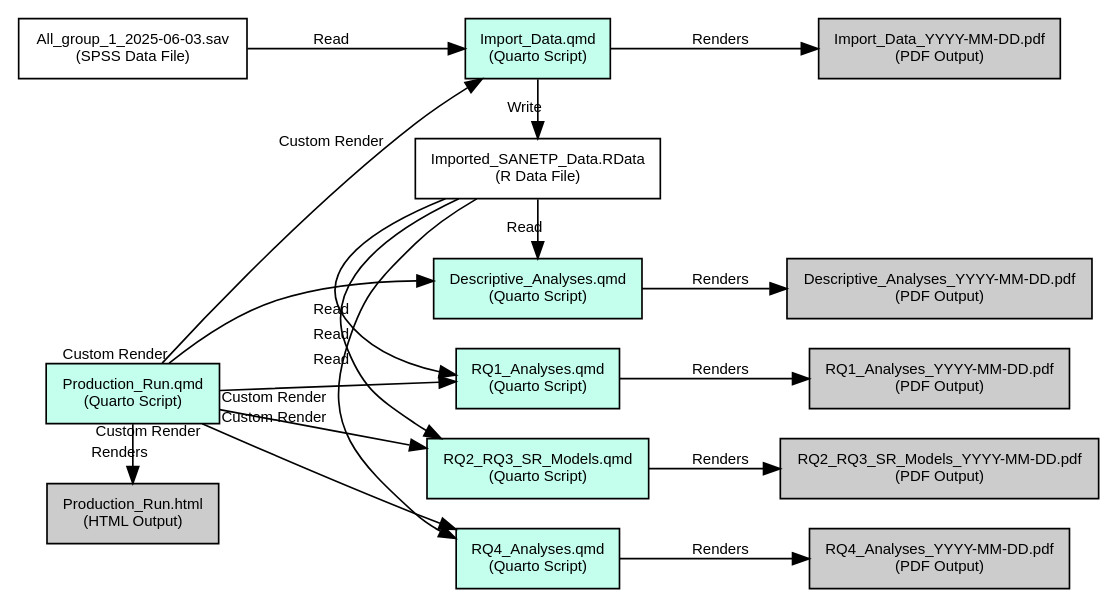
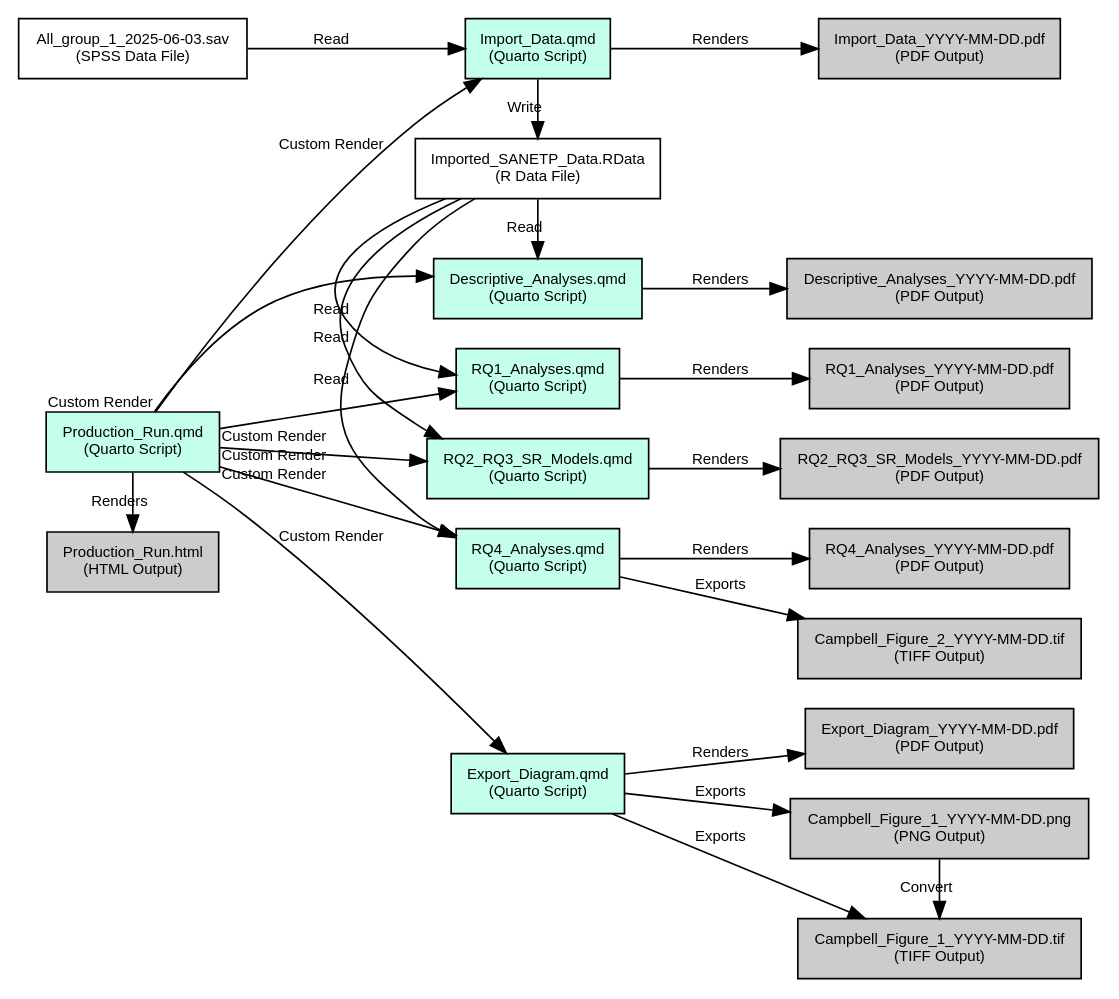
One commit to sjpierce/SANETPA changed the diagram in scripts/Production_Run.qmd. Above: the diagram before and after it, drawn with Graphviz.

Commit message:
Updated workflow diagram.

````diff
--- a/scripts/Production_Run.qmd
+++ b/scripts/Production_Run.qmd
@@ -111,49 +111,60 @@
 ```{dot}
 //| label: fig-production
 //| fig-cap: "Production Workflow Diagram"
 //| fig-width: 7
 //| fig-height: 5
 
 digraph Production {
 rankdir="LR";
 
 node [shape = "box", style= "filled", fontname = "Arial", fontsize = 9, fillcolor = "#C3FFEC"]
 DAS [label = "Descriptive_Analyses.qmd\n(Quarto Script)"]
 DAO [label = "Descriptive_Analyses_YYYY-MM-DD.pdf\n(PDF Output)", fillcolor = "grey80"]
 R1S [label = "RQ1_Analyses.qmd\n(Quarto Script)"]
 R1O [label = "RQ1_Analyses_YYYY-MM-DD.pdf\n(PDF Output)", fillcolor = "grey80"]
 R2S [label = "RQ2_RQ3_SR_Models.qmd\n(Quarto Script)"]
 R2O [label = "RQ2_RQ3_SR_Models_YYYY-MM-DD.pdf\n(PDF Output)", fillcolor = "grey80"]
 R4S [label = "RQ4_Analyses.qmd\n(Quarto Script)"]
 R4O [label = "RQ4_Analyses_YYYY-MM-DD.pdf\n(PDF Output)", fillcolor = "grey80"]
+F2O [label = "Campbell_Figure_2_YYYY-MM-DD.tif\n(TIFF Output)", fillcolor = "grey80"]
+EDS [label = "Export_Diagram.qmd\n(Quarto Script)"]
+F1bO [label = "Campbell_Figure_1_YYYY-MM-DD.tif\n(TIFF Output)", fillcolor = "grey80"]
+EDO [label = "Export_Diagram_YYYY-MM-DD.pdf\n(PDF Output)", fillcolor = "grey80"]
+F1aO [label = "Campbell_Figure_1_YYYY-MM-DD.png\n(PNG Output)", fillcolor = "grey80"]
 IDS [label = "Import_Data.qmd\n(Quarto Script)"]
 RawData [label = "All_group_1_2025-06-03.sav\n(SPSS Data File)", fillcolor = "white"]
 FinalData [label = "Imported_SANETP_Data.RData\n(R Data File)", fillcolor = "white"]
 IDO [label = "Import_Data_YYYY-MM-DD.pdf\n(PDF Output)", fillcolor = "grey80"]
 PRO [label = "Production_Run.html\n(HTML Output)", fillcolor = "grey80"]
 PRS [label = "Production_Run.qmd\n(Quarto Script)"]
 
 edge [fontname = "Arial", fontsize = 9]
+PRS -> EDS [label = "Custom Render"]
 PRS -> IDS [label = "Custom Render"]
 PRS -> DAS [taillabel = "Custom Render"]
 PRS -> R1S [taillabel = "Custom Render"]
 PRS -> R2S [taillabel = "Custom Render"]
 PRS -> R4S [taillabel = "Custom Render"]
 RawData -> IDS [label = "Read"]
 PRS -> PRO [label = "Renders"]
 IDS -> IDO [label = "Renders"]
 IDS -> FinalData [label = "Write"]
 FinalData -> DAS [label = "Read"]
 DAS -> DAO [label = "Renders"]
 FinalData -> R1S [label = "Read"]
 FinalData -> R2S [label = "Read"]
 FinalData -> R4S [label = "Read"]
 R1S -> R1O [label = "Renders"]
 R2S -> R2O [label = "Renders"]
 R4S -> R4O [label = "Renders"]
+R4S -> F2O [label = "Exports"]
+EDS -> EDO [label = "Renders"]
+EDS -> F1aO [label = "Exports"]
+EDS -> F1bO [label = "Exports"]
+F1aO -> F1bO [label = "Convert"]
 
-{ rank=same; IDS; FinalData; DAS; R1S; R2S; R4S}
-{ rank=same; IDO; DAO; R1O; R2O; R4O}
+{ rank=same; EDS; IDS; FinalData; DAS; R1S; R2S; R4S}
+{ rank=same; F1aO; F1bO; EDO; IDO; DAO; R1O; R2O; R4O, F2O}
 { rank=same; RawData; PRS; PRO}
 }
 ```
````
